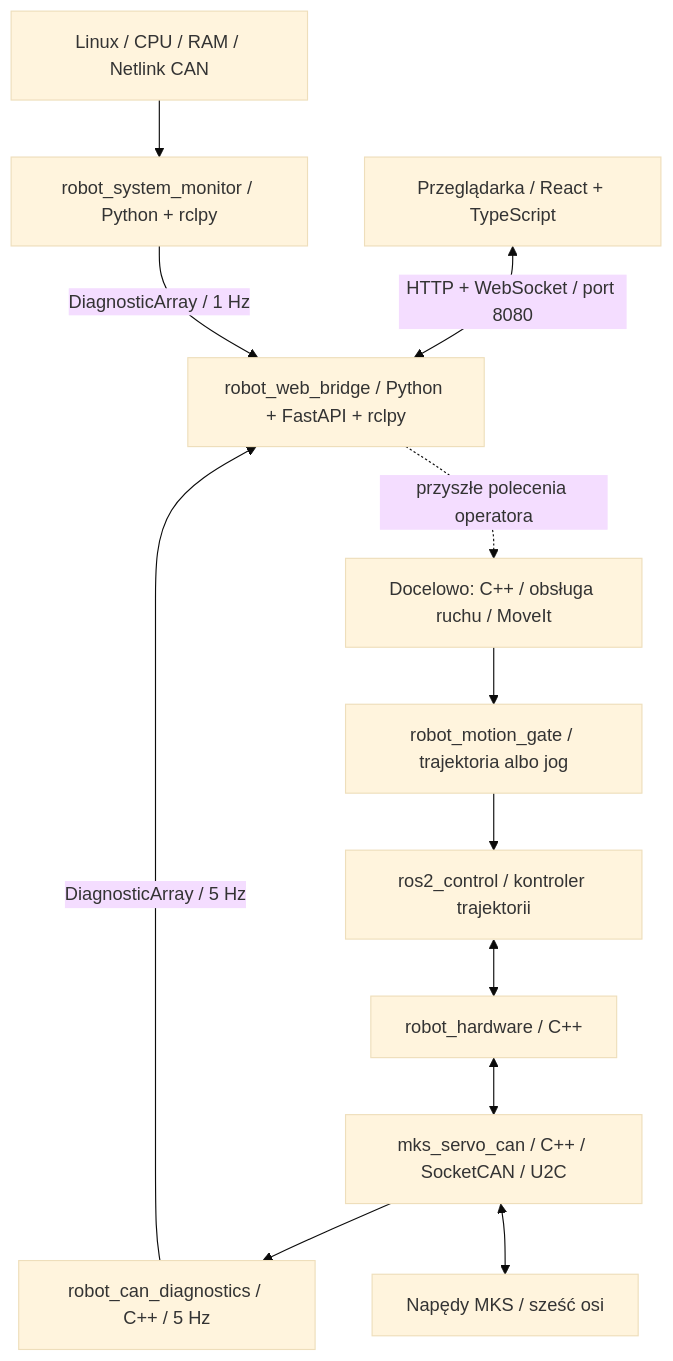
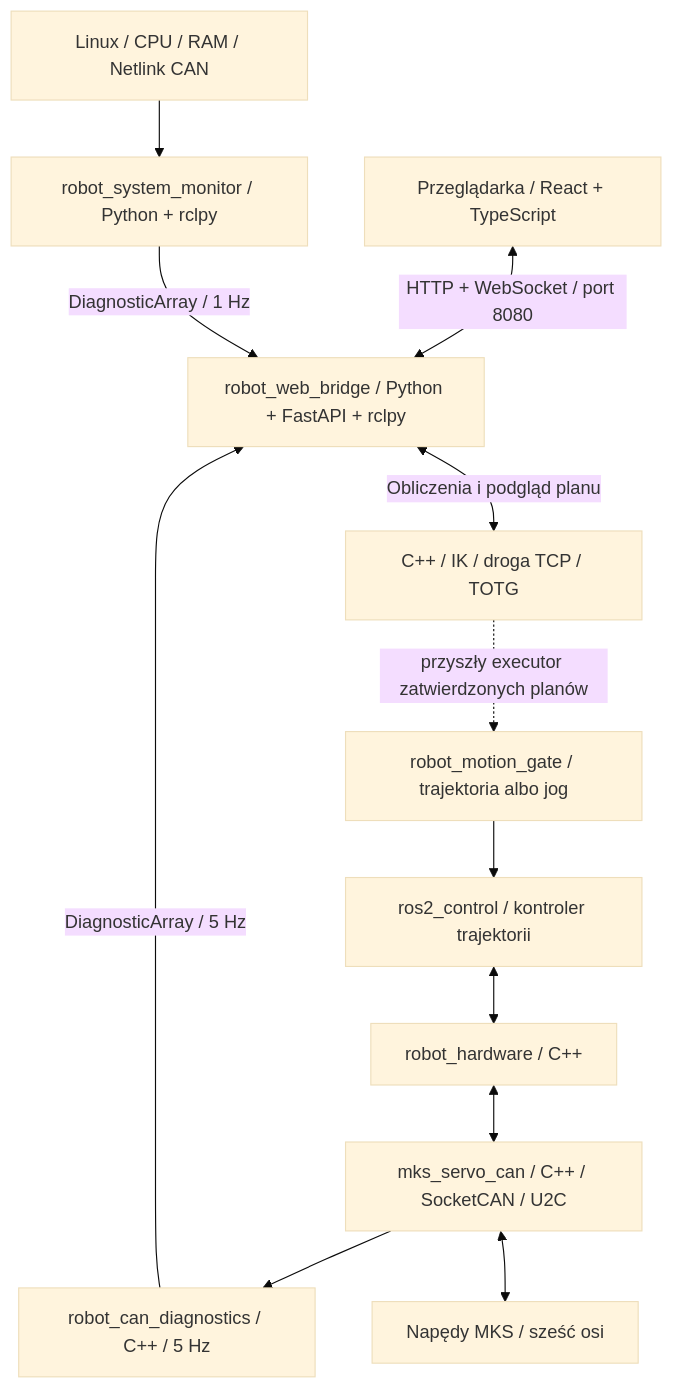
One commit to Majster1234/MAGNIUS changed the diagram in docs/architecture.md. Above: the diagram before and after it, drawn with Mermaid (base theme). The commit also changed other lines of this file and 72 other files, not shown here.

````diff
--- a/docs/architecture.md
+++ b/docs/architecture.md
@@ -26,24 +28,25 @@
 ```mermaid
 flowchart TD
     UI[Przeglądarka / React + TypeScript]
     API[robot_web_bridge / Python + FastAPI + rclpy]
     MON[robot_system_monitor / Python + rclpy]
     LINUX[Linux / CPU / RAM / Netlink CAN]
-    MOVE[Docelowo: C++ / obsługa ruchu / MoveIt]
+    MOVE[C++ / IK / droga TCP / TOTG]
     GATE[robot_motion_gate / trajektoria albo jog]
     CTRL[ros2_control / kontroler trajektorii]
     HW[robot_hardware / C++]
     DIAG[robot_can_diagnostics / C++ / 5 Hz]
     CAN[mks_servo_can / C++ / SocketCAN / U2C]
     DRIVES[Napędy MKS / sześć osi]
     UI <-->|HTTP + WebSocket / port 8080| API
     LINUX --> MON
     MON -->|DiagnosticArray / 1 Hz| API
     CAN --> DIAG
     DIAG -->|DiagnosticArray / 5 Hz| API
-    API -. przyszłe polecenia operatora .-> MOVE
-    MOVE --> GATE --> CTRL
+    API <-->|Obliczenia i podgląd planu| MOVE
+    MOVE -. przyszły executor zatwierdzonych planów .-> GATE
+    GATE --> CTRL
     CTRL <--> HW
     HW <--> CAN
     CAN <--> DRIVES
 ```
````
